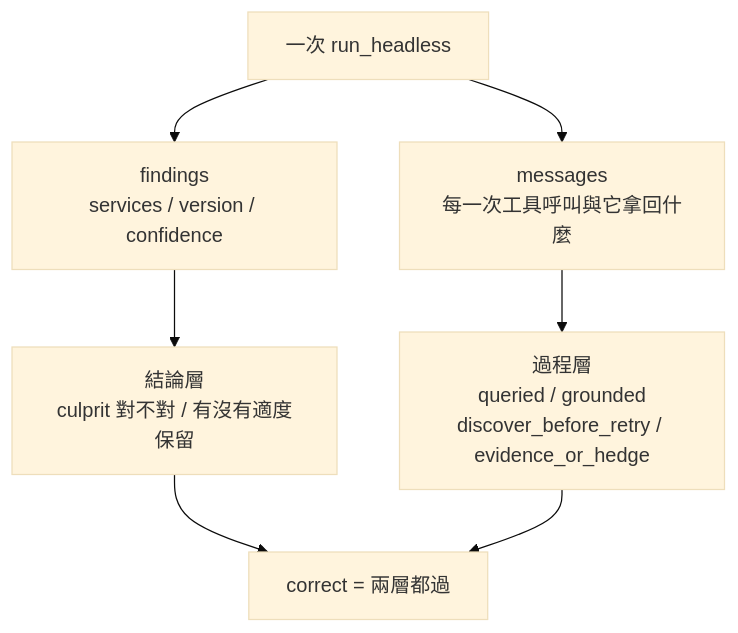
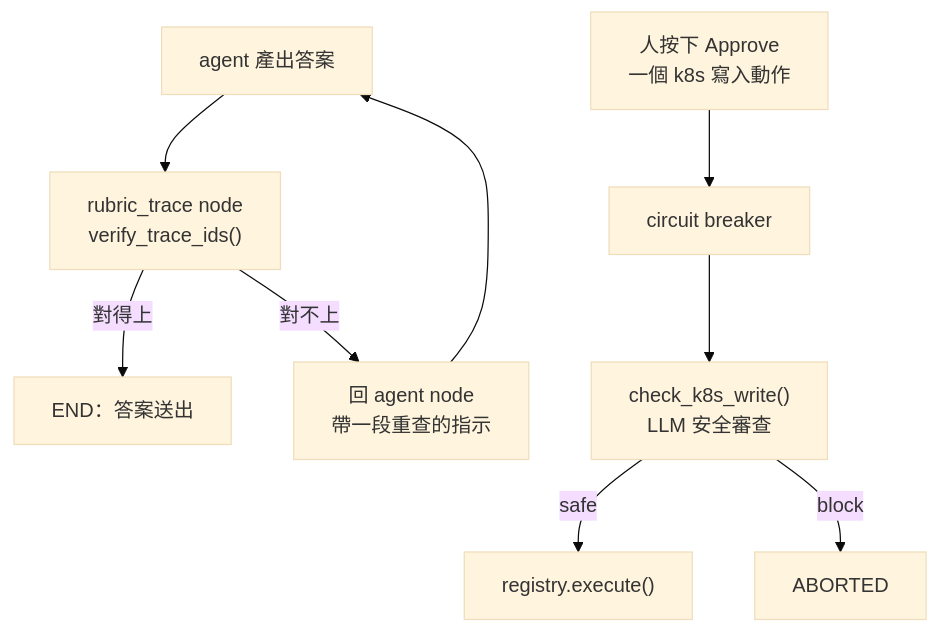
One commit to tedmax100/o11y-bench changed the second of 2 diagrams in weaver-demo/ironman-2026/day22.md. Above: the diagram before and after it, drawn with Mermaid (base theme). The commit also changed other lines of this file and 81 other files, not shown here.

````diff
--- a/weaver-demo/ironman-2026/day22.md
+++ b/weaver-demo/ironman-2026/day22.md
@@ -158,9 +137,11 @@
 ```mermaid
 flowchart TB
-    R["一次 run_headless"] --> F["findings<br/>services / version / confidence"]
-    R --> T["messages<br/>每一次工具呼叫與它拿回什麼"]
-    F --> V["結論層<br/>culprit 對不對 / 有沒有適度保留"]
-    T --> P["過程層<br/>queried / grounded<br/>discover_before_retry / evidence_or_hedge"]
-    V --> S["correct = 兩層都過"]
-    P --> S
+    A["agent 產出答案"] --> RT["rubric_trace node<br/>verify_trace_ids()"]
+    RT -->|對得上| E["END：答案送出"]
+    RT -->|對不上| B["回 agent node<br/>帶一段重查的指示"]
+    B --> A
+    P["人按下 Approve<br/>一個 k8s 寫入動作"] --> CB["circuit breaker"]
+    CB --> KJ["check_k8s_write()<br/>LLM 安全審查"]
+    KJ -->|safe| X["registry.execute()"]
+    KJ -->|block| AB["ABORTED"]
 ```
````
